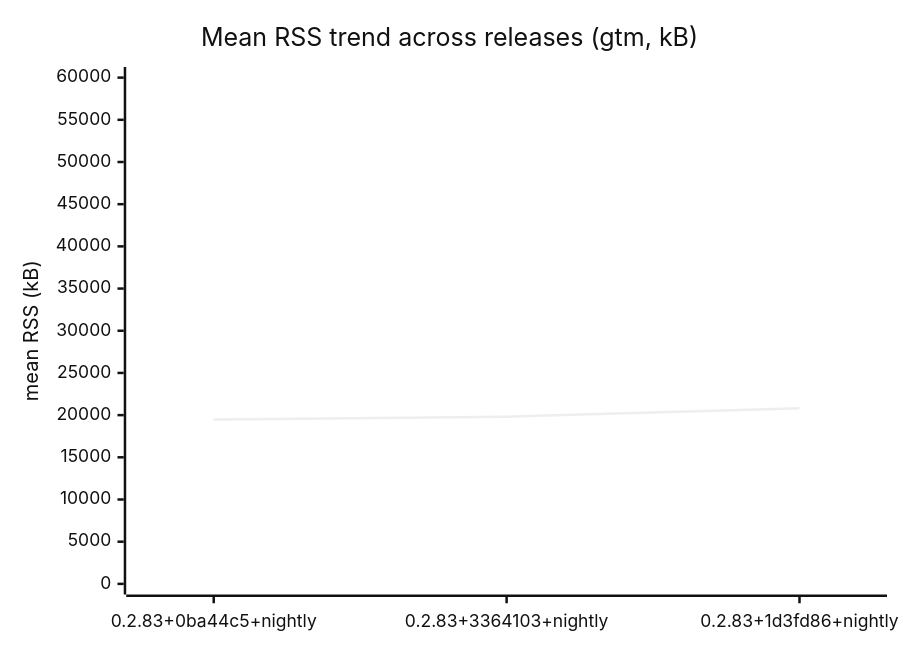
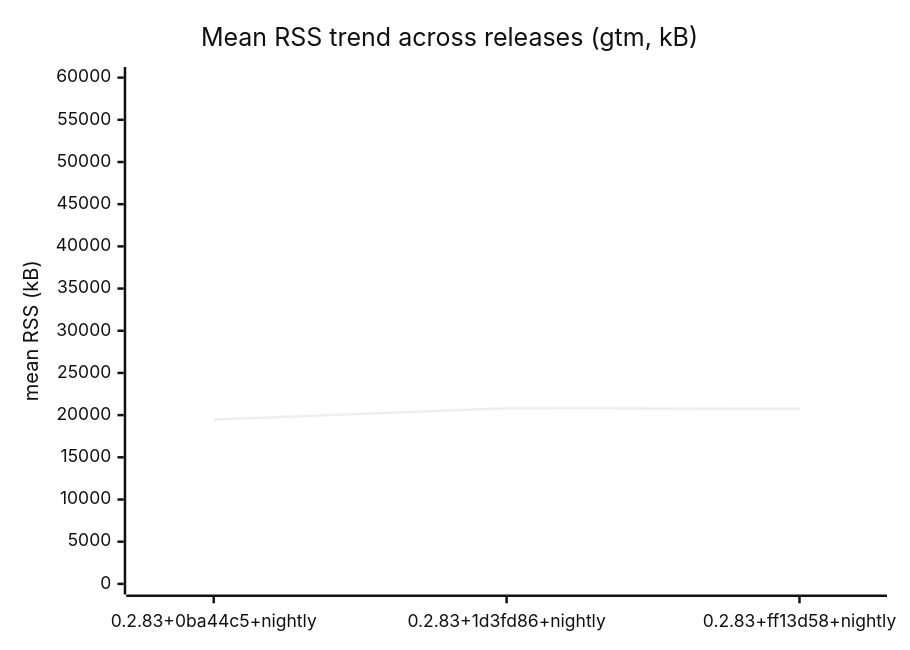
One commit to prjctimg/gtm.rs changed the second of 3 diagrams in BENCHMARK.md. Above: the diagram before and after it, drawn with Mermaid (neutral theme). The commit also changed other lines of this file and 1 other file, not shown here.

Commit message:
bench: results for 0.2.83+ff13d58+nightly [skip nightly]

````diff
--- a/BENCHMARK.md
+++ b/BENCHMARK.md
@@ -37,7 +37,7 @@
 ```mermaid
 xychart-beta
   title "Mean RSS trend across releases (gtm, kB)"
-  x-axis [0.2.83+0ba44c5+nightly, 0.2.83+3364103+nightly, 0.2.83+1d3fd86+nightly]
+  x-axis [0.2.83+0ba44c5+nightly, 0.2.83+1d3fd86+nightly, 0.2.83+ff13d58+nightly]
   y-axis "mean RSS (kB)" 0 --> 60000
-  line [19469,19817,20805]
+  line [19469,20805,20746]
 ```
````
